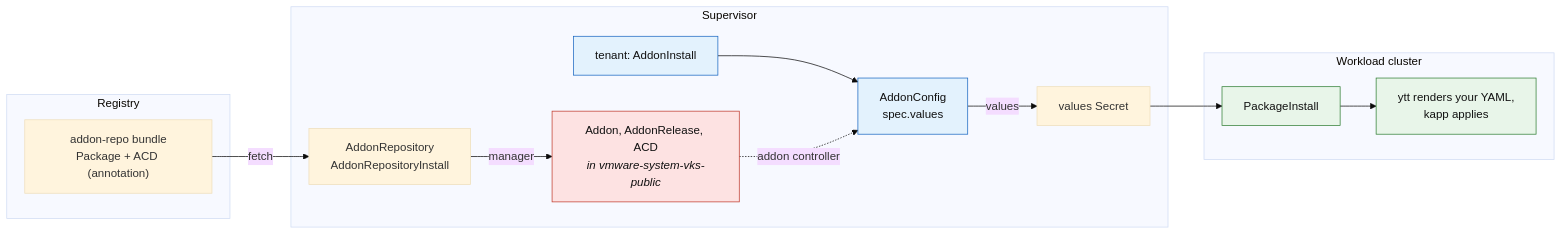
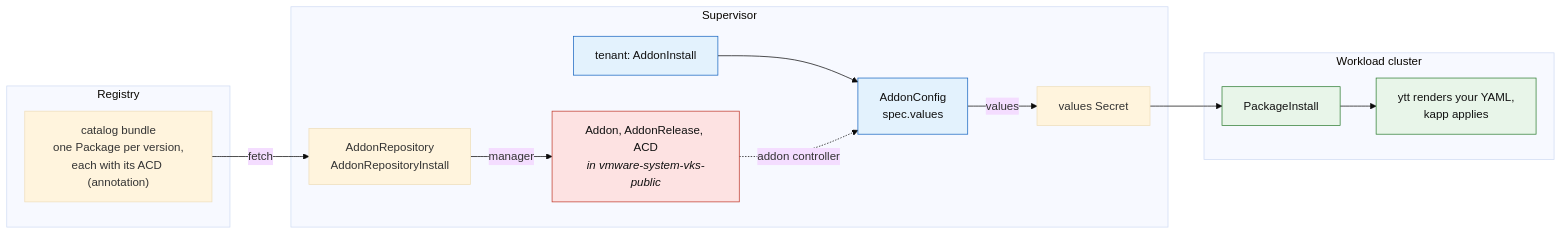
One commit to warroyo/dayzero-addon-service changed the diagram in README.md. Above: the diagram before and after it, drawn with Mermaid (base theme). The commit also changed other lines of this file and 17 other files, not shown here.

First line of the commit message:
feat: publish the addon as a versioned catalog of frozen packages

````diff
--- a/README.md
+++ b/README.md
@@ -20,34 +20,34 @@
 ```mermaid
 flowchart LR
   subgraph registry["Registry"]
-    BUNDLE["addon-repo bundle<br/>Package + ACD (annotation)"]
+    BUNDLE["catalog bundle<br/>one Package per version,<br/>each with its ACD (annotation)"]
   end
 
   subgraph supervisor["Supervisor"]
     REPO["AddonRepository<br/>AddonRepositoryInstall"]
     MAT["Addon, AddonRelease, ACD<br/><i>in vmware-system-vks-public</i>"]
     AINST["tenant: AddonInstall"]
     ACFG["AddonConfig<br/>spec.values"]
     SECRET["values Secret"]
   end
 
   subgraph guest["Workload cluster"]
     PI["PackageInstall"]
     RENDER["ytt renders your YAML,<br/>kapp applies"]
   end
 
   BUNDLE -->|fetch| REPO
   REPO -->|manager| MAT
   AINST --> ACFG
   MAT -.->|addon controller| ACFG
   ACFG -->|values| SECRET
   SECRET --> PI
   PI --> RENDER
 
   classDef locked fill:#fde2e2,stroke:#c0392b,color:#111
   classDef tenantc fill:#e3f2fd,stroke:#1565c0,color:#111
   classDef guestc fill:#e8f5e9,stroke:#2e7d32,color:#111
   class MAT locked
   class AINST,ACFG tenantc
   class PI,RENDER guestc
 ```
````
